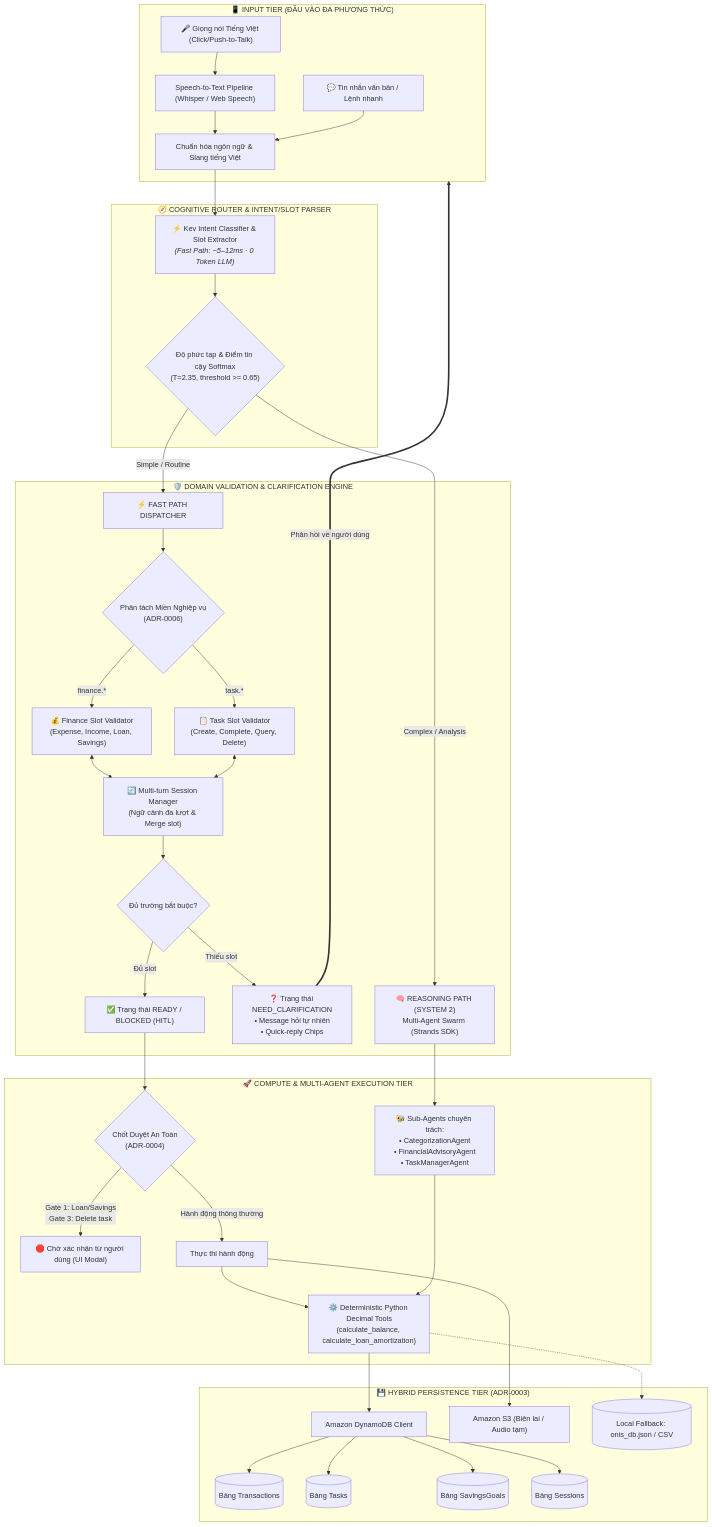
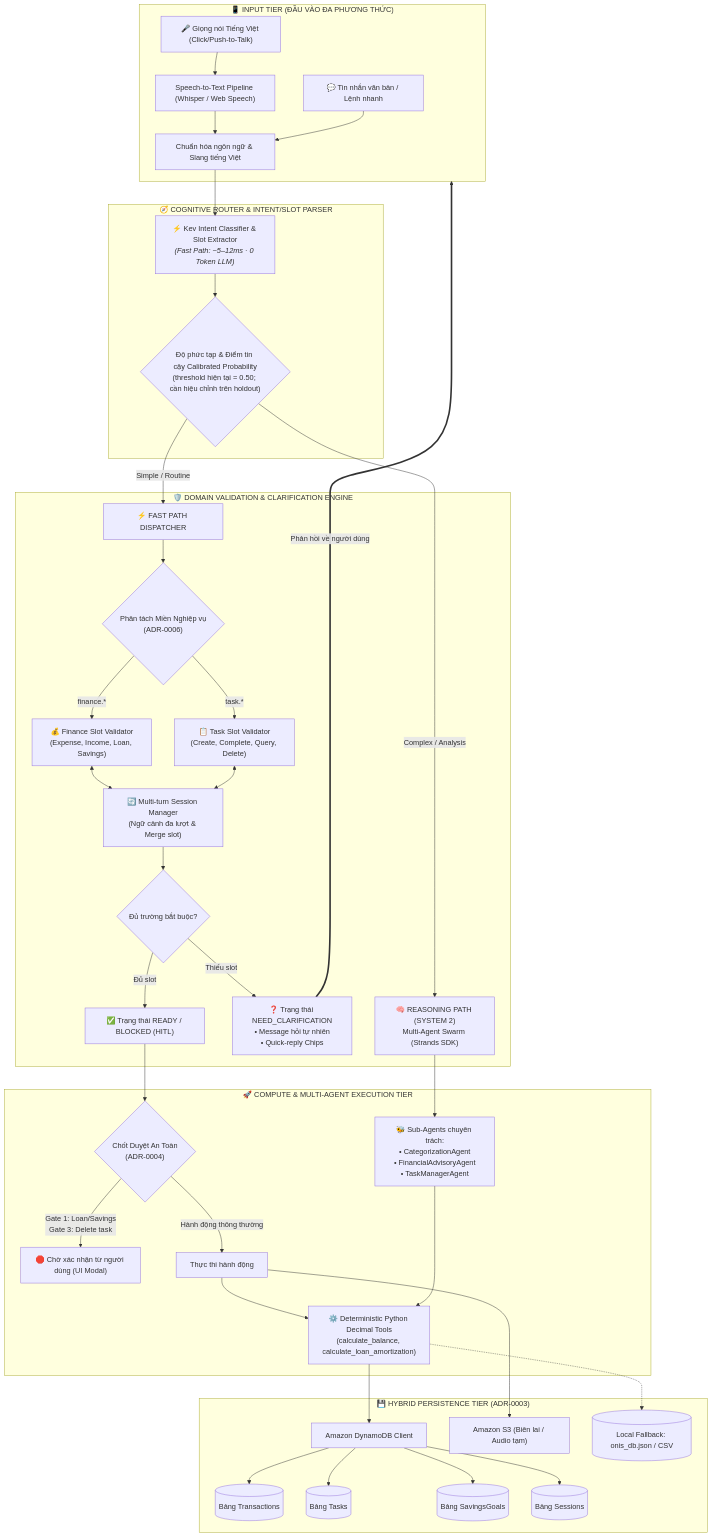
Before and after one commit to trinhquyetchien/OnisAgent: the diagram in backend/README.md, drawn with Mermaid. The commit also changed 10 other files, not shown here.

Commit message:
fix(kev): isolate external holdout and refresh evaluation

````diff
--- a/backend/README.md
+++ b/backend/README.md
@@ -47,59 +47,59 @@
 ```mermaid
 flowchart TD
     %% --- TẦNG ĐẦU VÀO ---
     subgraph InputTier ["📱 INPUT TIER (ĐẦU VÀO ĐA PHƯƠNG THỨC)"]
         UserVoice["🎤 Giọng nói Tiếng Việt (Click/Push-to-Talk)"]
         UserText["💬 Tin nhắn văn bản / Lệnh nhanh"]
         UserVoice --> WhisperSTT["Speech-to-Text Pipeline (Whisper / Web Speech)"]
         WhisperSTT --> NormalizedInput["Chuẩn hóa ngôn ngữ & Slang tiếng Việt"]
         UserText --> NormalizedInput
     end
 
     %% --- TẦNG ĐỊNH TUYẾN & PHÂN LOẠI NHẬN THỨC ---
     subgraph RoutingTier ["🧭 COGNITIVE ROUTER & INTENT/SLOT PARSER"]
         NormalizedInput --> KevModel["⚡ Kev Intent Classifier & Slot Extractor<br><i>(Fast Path: ~5–12ms · 0 Token LLM)</i>"]
-        KevModel --> DualPathRouter{"Độ phức tạp & Điểm tin cậy Softmax<br>(T=2.35, threshold >= 0.65)"}
+        KevModel --> DualPathRouter{"Độ phức tạp & Điểm tin cậy Calibrated Probability<br>(threshold hiện tại = 0.50; cần hiệu chỉnh trên holdout)"}
     end
 
     %% --- PHÂN TÁCH HAI MIỀN NGHIỆP VỤ ---
     subgraph DomainValidationTier ["🛡️ DOMAIN VALIDATION & CLARIFICATION ENGINE"]
         DualPathRouter -->|Simple / Routine| FastPathRouter["⚡ FAST PATH DISPATCHER"]
         DualPathRouter -->|Complex / Analysis| System2Swarm["🧠 REASONING PATH (SYSTEM 2)<br>Multi-Agent Swarm (Strands SDK)"]
 
         FastPathRouter --> DomainSplit{"Phân tách Miền Nghiệp vụ<br>(ADR-0006)"}
         
         DomainSplit -->|finance.*| FinanceValidator["💰 Finance Slot Validator<br>(Expense, Income, Loan, Savings)"]
         DomainSplit -->|task.*| TaskValidator["📋 Task Slot Validator<br>(Create, Complete, Query, Delete)"]
 
         FinanceValidator <--> SessionMgr["🔄 Multi-turn Session Manager<br>(Ngữ cảnh đa lượt & Merge slot)"]
         TaskValidator <--> SessionMgr
 
         SessionMgr --> ClarificationCheck{"Đủ trường bắt buộc?"}
         ClarificationCheck -->|Thiếu slot| NeedClarify["❓ Trạng thái NEED_CLARIFICATION<br>• Message hỏi tự nhiên<br>• Quick-reply Chips"]
         ClarificationCheck -->|Đủ slot| ExecutionReady["✅ Trạng thái READY / BLOCKED (HITL)"]
     end
 
     %% --- TẦNG TÍNH TOÁN & THỰC THI ---
     subgraph ExecutionTier ["🚀 COMPUTE & MULTI-AGENT EXECUTION TIER"]
         ExecutionReady --> HITLGate{"Chốt Duyệt An Toàn<br>(ADR-0004)"}
         HITLGate -->|Gate 1: Loan/Savings<br>Gate 3: Delete task| UserConfirmModal["🛑 Chờ xác nhận từ người dùng (UI Modal)"]
         HITLGate -->|Hành động thông thường| ExecProcess["Thực thi hành động"]
 
         ExecProcess --> DecimalTools["⚙️ Deterministic Python Decimal Tools<br>(calculate_balance, calculate_loan_amortization)"]
         System2Swarm --> StrandsAgents["🐝 Sub-Agents chuyên trách:<br>• CategorizationAgent<br>• FinancialAdvisoryAgent<br>• TaskManagerAgent"]
         StrandsAgents --> DecimalTools
     end
 
     %% --- TẦNG LƯU TRỮ HYBRID ---
     subgraph StorageTier ["💾 HYBRID PERSISTENCE TIER (ADR-0003)"]
         DecimalTools --> DynamoClient["Amazon DynamoDB Client"]
         DynamoClient --> DynTransactions[("Bảng Transactions")]
         DynamoClient --> DynTasks[("Bảng Tasks")]
         DynamoClient --> DynSavings[("Bảng SavingsGoals")]
         DynamoClient --> DynSessions[("Bảng Sessions")]
         ExecProcess --> S3Storage["Amazon S3 (Biên lai / Audio tạm)"]
         DecimalTools -.-> LocalDB[("Local Fallback: onis_db.json / CSV")]
     end
 
     NeedClarify ==>|Phản hồi về người dùng| InputTier
 ```
````
